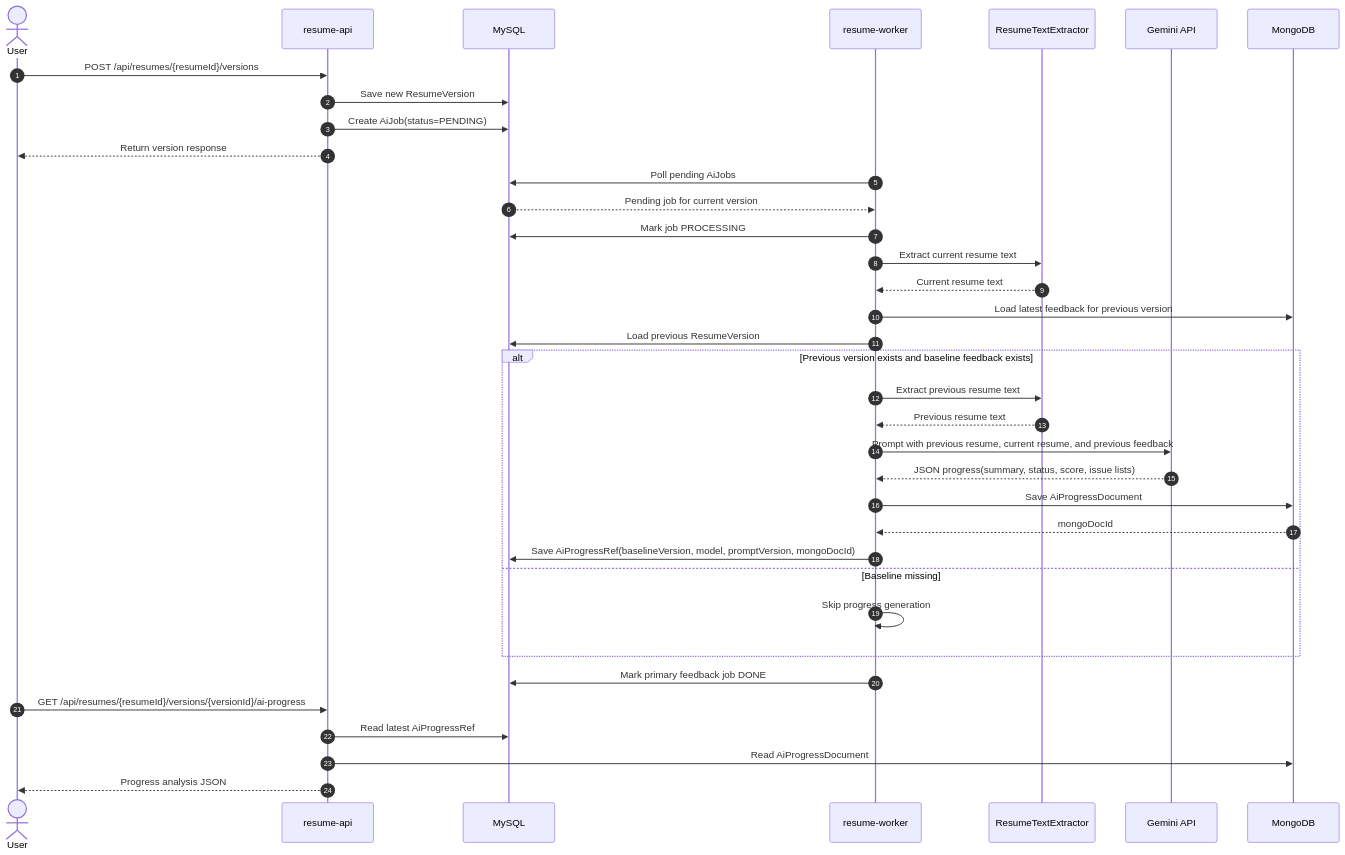
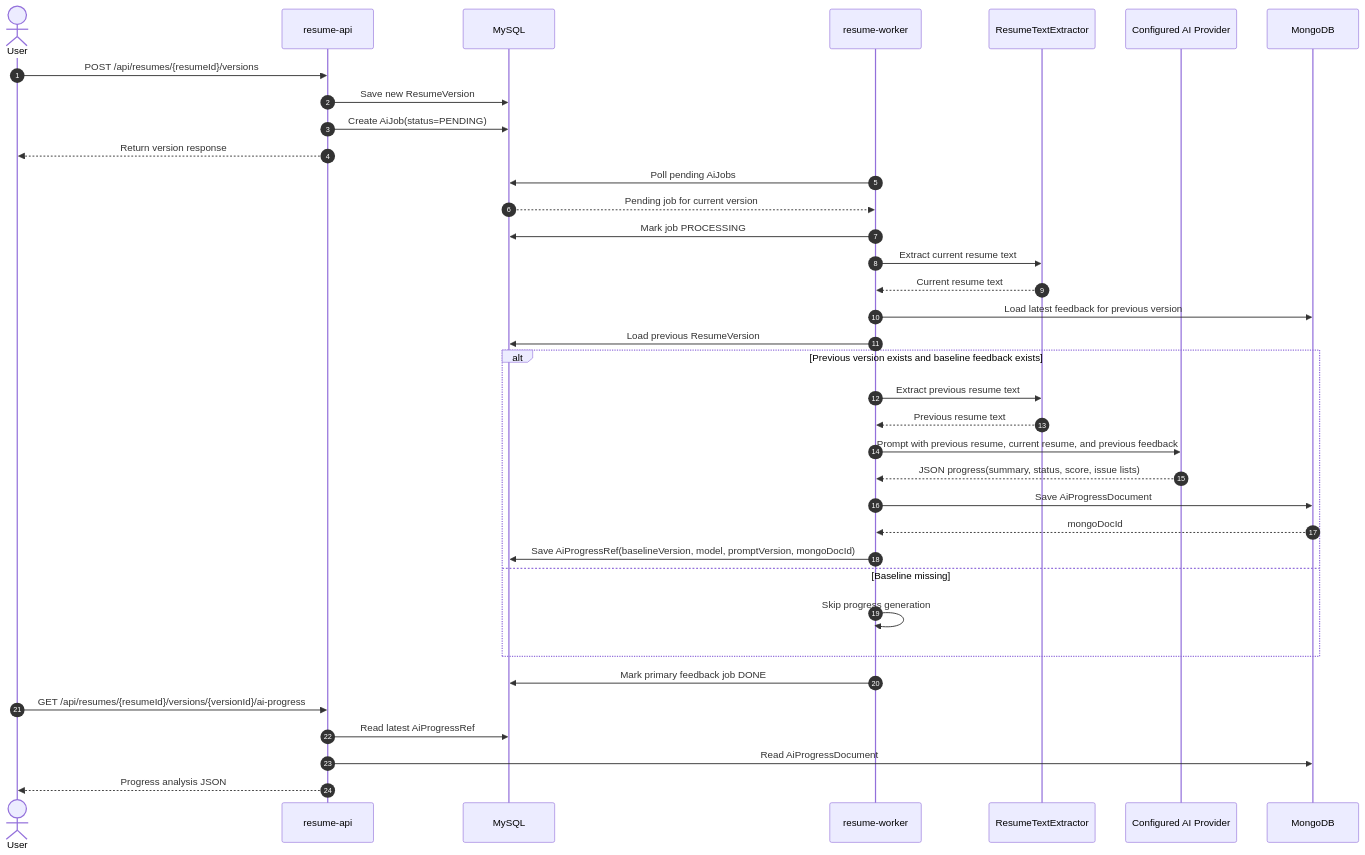
The third of 3 diagrams in docs/project-documentation/architecture.md (helenapedro/resume-feedback-platform), drawn with Mermaid before and after one commit. The commit also changed other lines of this file and 31 other files, not shown here.

````diff
--- a/docs/project-documentation/architecture.md
+++ b/docs/project-documentation/architecture.md
@@ -106,44 +106,44 @@
 ```mermaid
 sequenceDiagram
     autonumber
     actor User
     participant API as resume-api
     participant MySQL as MySQL
     participant Worker as resume-worker
     participant Extractor as ResumeTextExtractor
-    participant Gemini as Gemini API
+    participant Provider as Configured AI Provider
     participant Mongo as MongoDB
 
     User->>API: POST /api/resumes/{resumeId}/versions
     API->>MySQL: Save new ResumeVersion
     API->>MySQL: Create AiJob(status=PENDING)
     API-->>User: Return version response
 
     Worker->>MySQL: Poll pending AiJobs
     MySQL-->>Worker: Pending job for current version
     Worker->>MySQL: Mark job PROCESSING
 
     Worker->>Extractor: Extract current resume text
     Extractor-->>Worker: Current resume text
     Worker->>Mongo: Load latest feedback for previous version
     Worker->>MySQL: Load previous ResumeVersion
 
     alt Previous version exists and baseline feedback exists
         Worker->>Extractor: Extract previous resume text
         Extractor-->>Worker: Previous resume text
-        Worker->>Gemini: Prompt with previous resume, current resume, and previous feedback
-        Gemini-->>Worker: JSON progress(summary, status, score, issue lists)
+        Worker->>Provider: Prompt with previous resume, current resume, and previous feedback
+        Provider-->>Worker: JSON progress(summary, status, score, issue lists)
         Worker->>Mongo: Save AiProgressDocument
         Mongo-->>Worker: mongoDocId
         Worker->>MySQL: Save AiProgressRef(baselineVersion, model, promptVersion, mongoDocId)
     else Baseline missing
         Worker->>Worker: Skip progress generation
     end
 
     Worker->>MySQL: Mark primary feedback job DONE
 
     User->>API: GET /api/resumes/{resumeId}/versions/{versionId}/ai-progress
     API->>MySQL: Read latest AiProgressRef
     API->>Mongo: Read AiProgressDocument
     API-->>User: Progress analysis JSON
 ```
````
